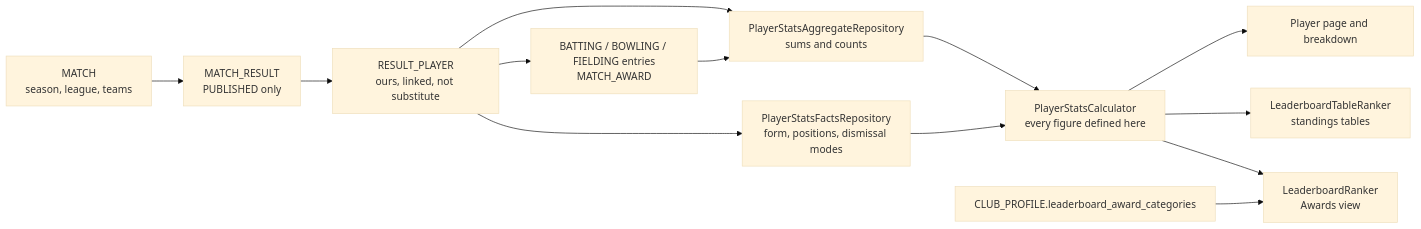
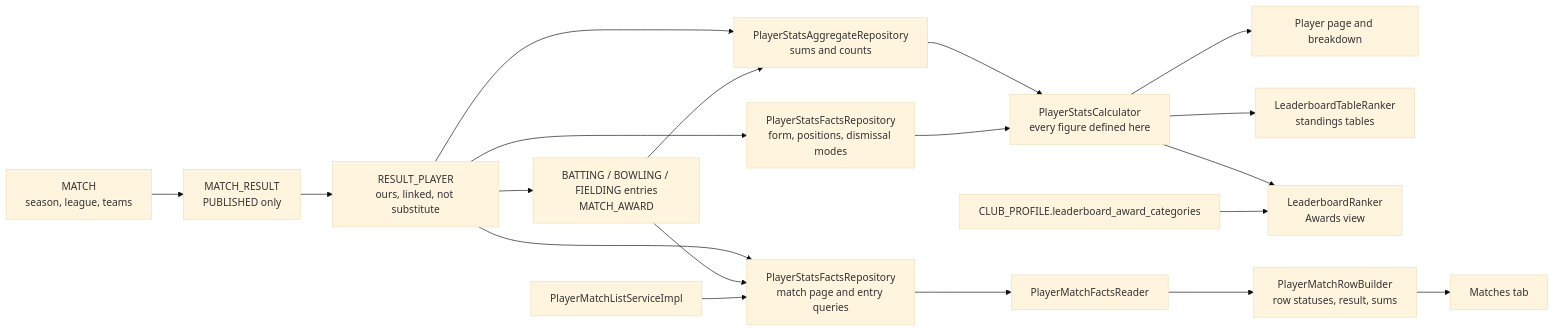
Before and after one commit to jakesvdw77/cricket-platform: the fifth of 5 diagrams in docs/architecture.md, drawn with Mermaid (base theme). The commit also changed other lines of this file and 5 other files, not shown here.

First line of the commit message:
docs: player match list standards, architecture, roadmap and spec 115 as built

````diff
--- a/docs/architecture.md
+++ b/docs/architecture.md
@@ -204,15 +206,21 @@
 ```mermaid
 flowchart LR
     M["MATCH<br/>season, league, teams"] --> R
     R["MATCH_RESULT<br/>PUBLISHED only"] --> RP["RESULT_PLAYER<br/>ours, linked, not substitute"]
     RP --> E["BATTING / BOWLING / FIELDING entries<br/>MATCH_AWARD"]
     RP --> A["PlayerStatsAggregateRepository<br/>sums and counts"]
     E --> A
     RP --> F["PlayerStatsFactsRepository<br/>form, positions, dismissal modes"]
     A --> C["PlayerStatsCalculator<br/>every figure defined here"]
     F --> C
     C --> P["Player page and breakdown"]
     C --> L["LeaderboardTableRanker<br/>standings tables"]
     C --> W["LeaderboardRanker<br/>Awards view"]
+    RP --> MQ["PlayerStatsFactsRepository<br/>match page and entry queries"]
+    E --> MQ
+    MQ --> MR["PlayerMatchFactsReader"]
+    MR --> MB["PlayerMatchRowBuilder<br/>row statuses, result, sums"]
+    MS["PlayerMatchListServiceImpl"] --> MQ
+    MB --> ML["Matches tab"]
     CP["CLUB_PROFILE.leaderboard_award_categories"] --> W
 ```
````
